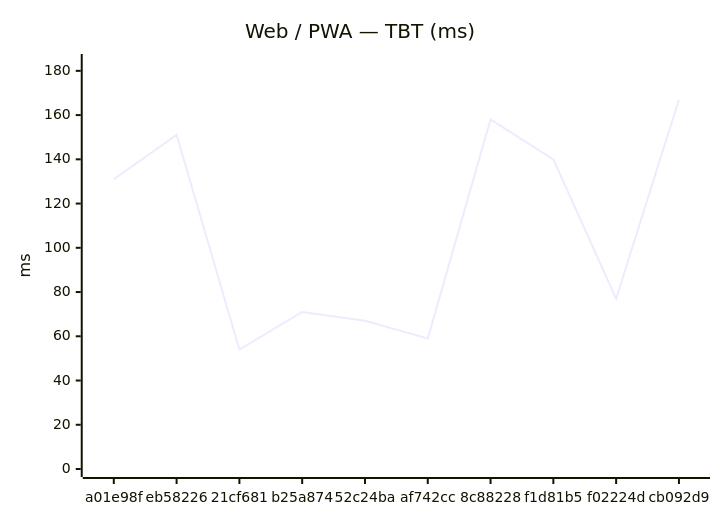
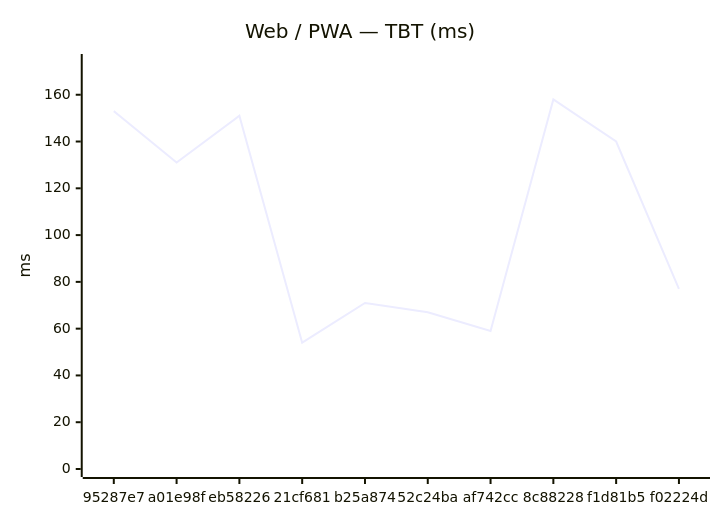
Before and after one commit to Metaheurist/Rianell: the second of 18 diagrams in benchmarks/compare.md, drawn with Mermaid. The commit also changed other lines of this file and 11 other files, not shown here.

````diff
--- a/benchmarks/compare.md
+++ b/benchmarks/compare.md
@@ -31,7 +31,7 @@
 ```mermaid
 xychart-beta
     title "Web / PWA — TBT (ms)"
-    x-axis ["a01e98f", "eb58226", "21cf681", "b25a874", "52c24ba", "af742cc", "8c88228", "f1d81b5", "f02224d", "cb092d9"]
-    y-axis "ms" 0 --> 184
-    line [131, 151, 54, 71, 67, 59, 158, 140, 77, 167]
+    x-axis ["95287e7", "a01e98f", "eb58226", "21cf681", "b25a874", "52c24ba", "af742cc", "8c88228", "f1d81b5", "f02224d"]
+    y-axis "ms" 0 --> 174
+    line [153, 131, 151, 54, 71, 67, 59, 158, 140, 77]
 ```
````
